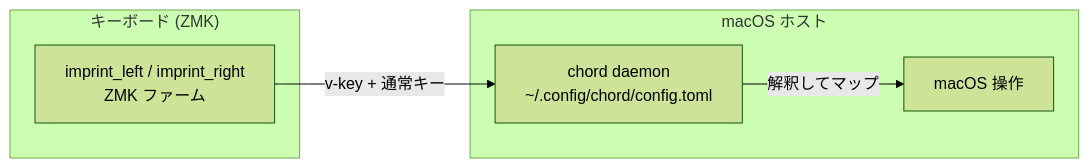
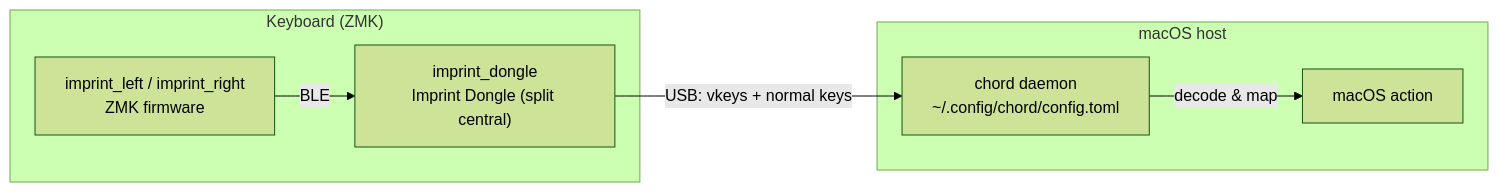
One commit to akira-toriyama/canon changed the diagram in README.md. Above: the diagram before and after it, drawn with Mermaid (forest theme). The commit also changed other lines of this file and 35 other files, not shown here.

First line of the commit message:
:memo:(docs)= rewrite the docs in English and drop the finished roadmaps (#242)

````diff
--- a/README.md
+++ b/README.md
@@ -13,12 +11,14 @@
 ```mermaid
 flowchart LR
-  subgraph KB["キーボード (ZMK)"]
-    FW["imprint_left / imprint_right<br/>ZMK ファーム"]
+  subgraph KB["Keyboard (ZMK)"]
+    FW["imprint_left / imprint_right<br/>ZMK firmware"]
+    DONGLE["imprint_dongle<br/>Imprint Dongle (split central)"]
   end
-  subgraph MAC["macOS ホスト"]
+  subgraph MAC["macOS host"]
     CHORD["chord daemon<br/>~/.config/chord/config.toml"]
-    ACT["macOS 操作"]
+    ACT["macOS action"]
   end
-  FW -->|"v-key + 通常キー"| CHORD
-  CHORD -->|"解釈してマップ"| ACT
+  FW -->|"BLE"| DONGLE
+  DONGLE -->|"USB: vkeys + normal keys"| CHORD
+  CHORD -->|"decode & map"| ACT
 ```
````
